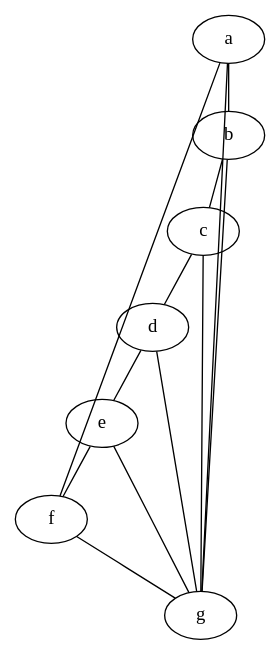
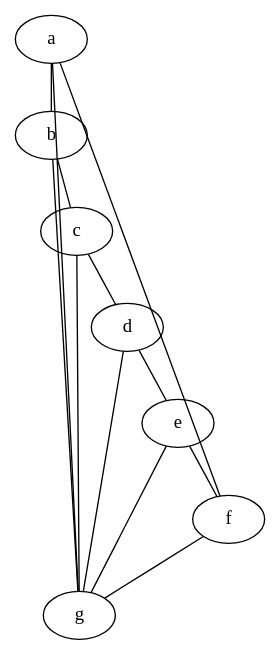
One commit to SamueleFacenda/obsidian changed the diagram in unitn/fondamenti_matematici_per_informatica/08 - Esercitazioni.md. Above: the diagram before and after it, drawn with Graphviz.

Commit message:
vault backup auto nixos: 2024-05-20 16:53:50

````diff
--- a/unitn/fondamenti_matematici_per_informatica/08 - Esercitazioni.md
+++ b/unitn/fondamenti_matematici_per_informatica/08 - Esercitazioni.md
@@ -9,17 +9,24 @@
 ```dot
 graph {
 	graph [splines=line]
+	g [pos="0,0!"]
+	a [pos="-1,-1.73!"]
+	b [pos="1,-1.73!"]
+	c [pos="2,0!"]
+	d [pos="1,1.73!"]
+	e [pos="0-1,1.73!"]
+	f [pos="-2,0!"]
 	f -- g
 	a -- b
 	a -- g
 	a -- f
 	b -- g
 	b -- c
 	c -- g
 	c -- d
 	d -- g
 	d -- e
 	e -- g
 	e -- f
 }
 ```
````
